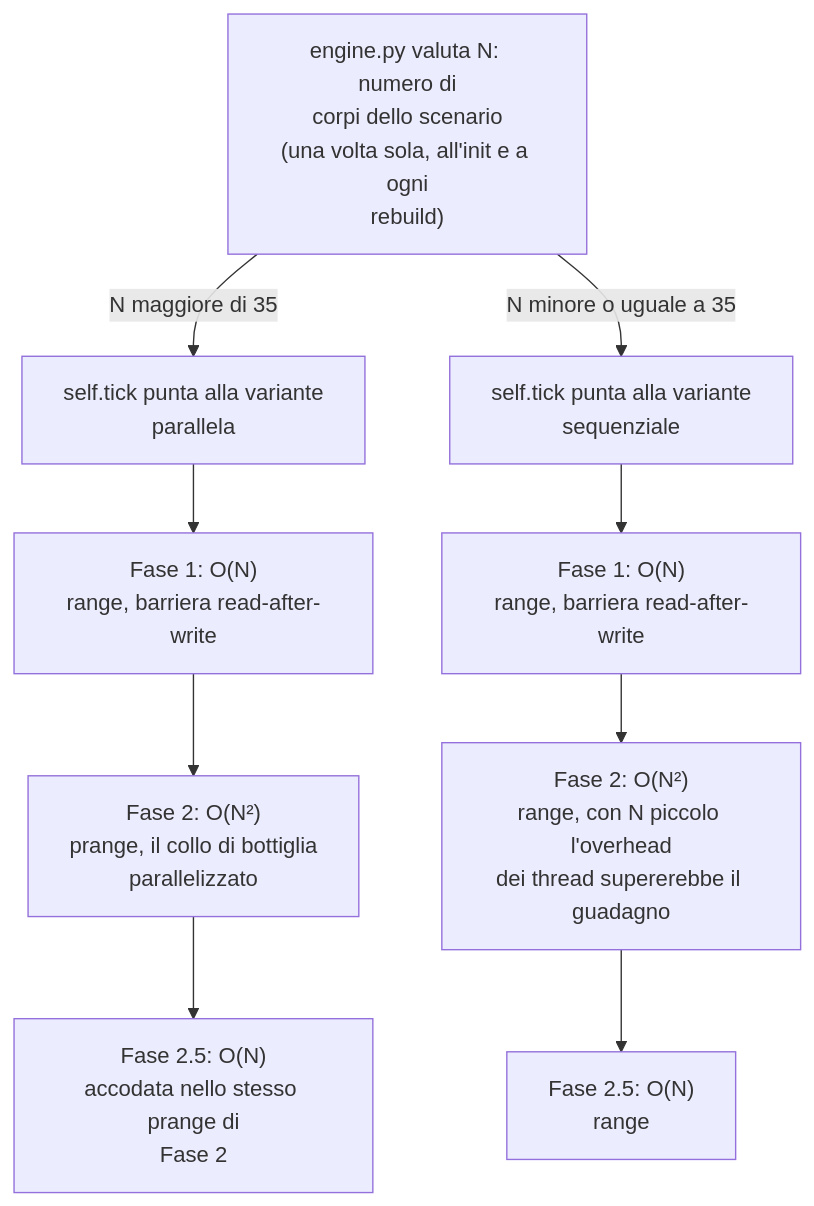
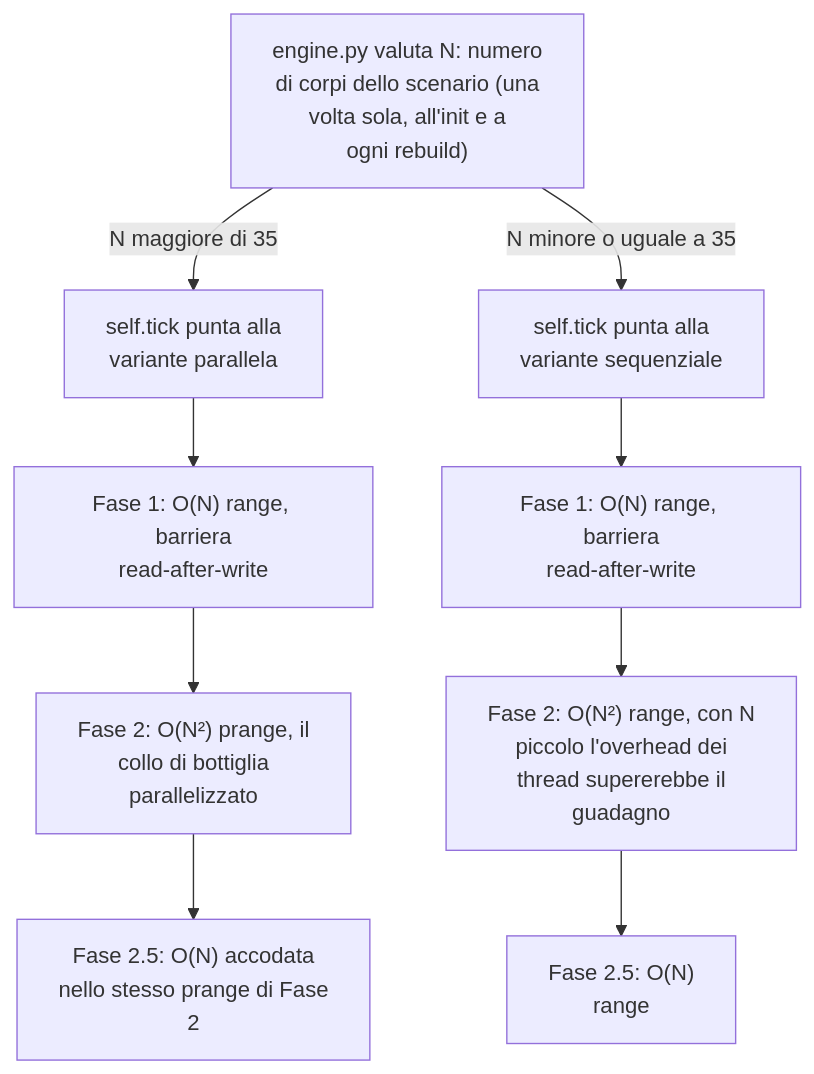
Before and after one commit to alessandro-pioli/AstroCausal_Engine: the first of 11 diagrams in ARCHITECTURE_DEEP_DIVE.it.md, drawn with Mermaid. The commit also changed other lines of this file and 2 other files, not shown here.

Commit message:
docs: leggibilita dei diagrammi e igiene del gitignore

````diff
--- a/ARCHITECTURE_DEEP_DIVE.it.md
+++ b/ARCHITECTURE_DEEP_DIVE.it.md
@@ -98,10 +98,10 @@
 ```mermaid
 flowchart TD
-    N["engine.py valuta N: numero di<br/>corpi dello scenario<br/>(una volta sola, all'init e a ogni<br/>rebuild)"]
-    N -->|"N maggiore di 35"| T1["self.tick punta alla variante<br/>parallela"]
-    N -->|"N minore o uguale a 35"| T2["self.tick punta alla variante<br/>sequenziale"]
+    N["engine.py valuta N: numero<br/>di corpi dello scenario (una<br/>volta sola, all'init e a<br/>ogni rebuild)"]
+    N -->|"N maggiore di 35"| T1["self.tick punta alla<br/>variante parallela"]
+    N -->|"N minore o uguale a 35"| T2["self.tick punta alla<br/>variante sequenziale"]
 
-    T1 --> P1["Fase 1: O(N)<br/>range, barriera read-after-write"] --> P2["Fase 2: O(N²)<br/>prange, il collo di bottiglia<br/>parallelizzato"] --> P3["Fase 2.5: O(N)<br/>accodata nello stesso prange di<br/>Fase 2"]
+    T1 --> P1["Fase 1: O(N) range, barriera<br/>read-after-write"] --> P2["Fase 2: O(N²) prange, il<br/>collo di bottiglia<br/>parallelizzato"] --> P3["Fase 2.5: O(N) accodata<br/>nello stesso prange di Fase<br/>2"]
 
-    T2 --> S1["Fase 1: O(N)<br/>range, barriera read-after-write"] --> S2["Fase 2: O(N²)<br/>range, con N piccolo l'overhead<br/>dei thread supererebbe il guadagno"] --> S3["Fase 2.5: O(N)<br/>range"]
+    T2 --> S1["Fase 1: O(N) range, barriera<br/>read-after-write"] --> S2["Fase 2: O(N²) range, con N<br/>piccolo l'overhead dei<br/>thread supererebbe il<br/>guadagno"] --> S3["Fase 2.5: O(N)<br/>range"]
 ```
````
